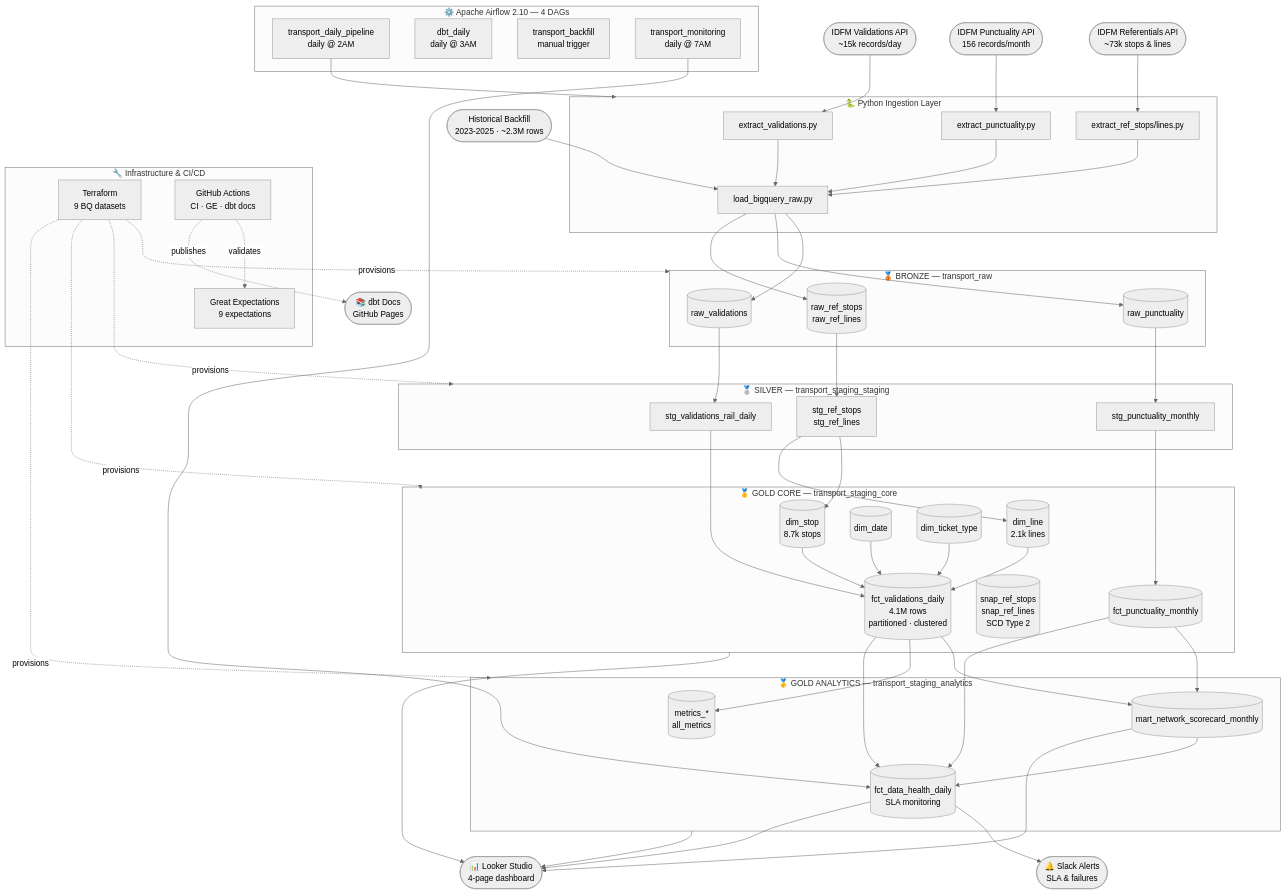
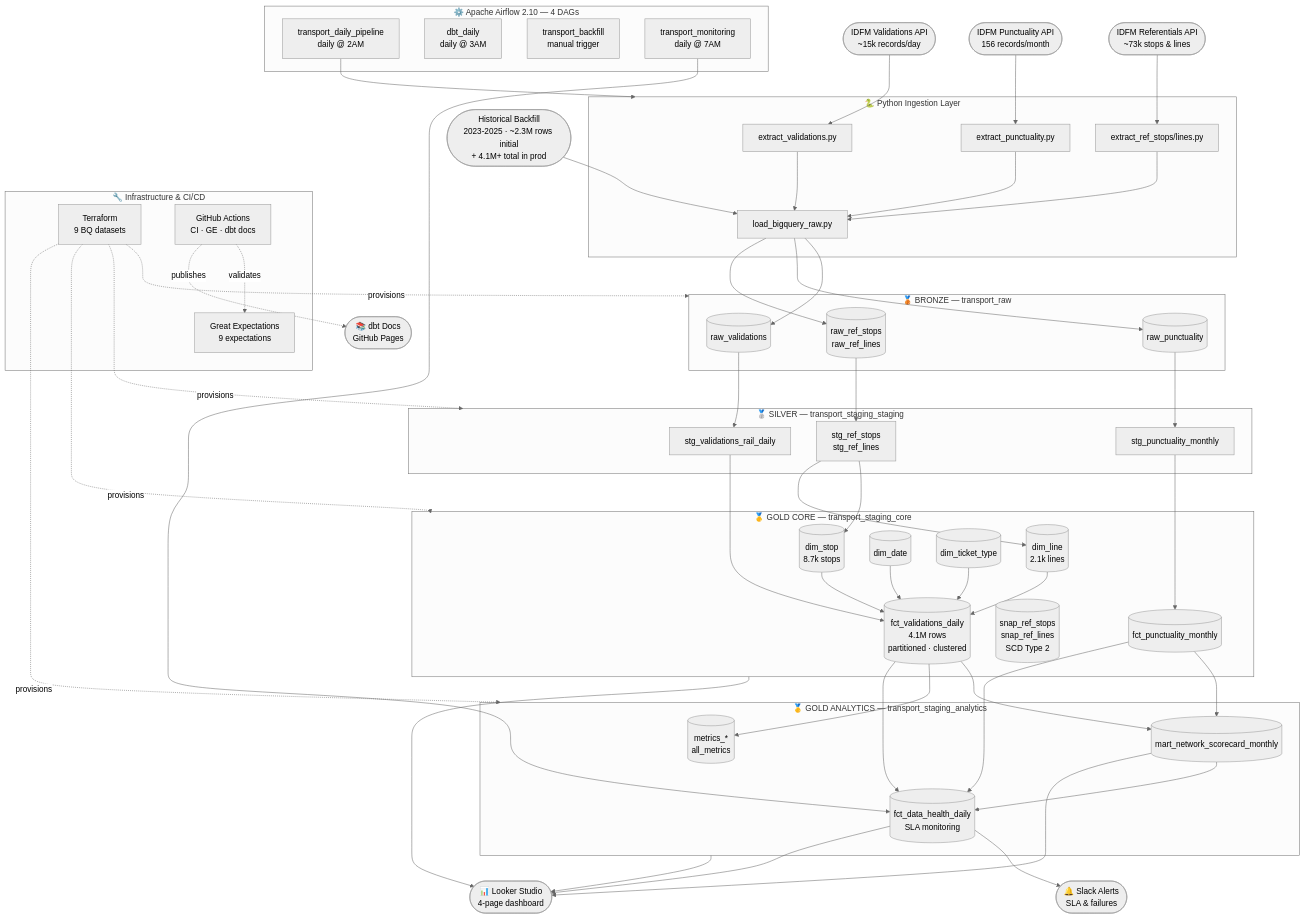
One commit to elliepsc/idfm-analytics-dataops changed the diagram in README.md. Above: the diagram before and after it, drawn with Mermaid (neutral theme). The commit also changed other lines of this file and 8 other files, not shown here.

First line of the commit message:
refactor(infra): migrate BigQuery schema naming from transport_staging_* to transport_*

```diff
--- a/README.md
+++ b/README.md
@@ -625,7 +625,7 @@
     API1([IDFM Validations API\n~15k records/day])
     API2([IDFM Punctuality API\n156 records/month])
     API3([IDFM Referentials API\n~73k stops & lines])
-    BKF([Historical Backfill\n2023-2025 · ~2.3M rows])
+    BKF([Historical Backfill\n2023-2025 · ~2.3M rows initial\n+ 4.1M+ total in prod])
 
     %% Ingestion
     subgraph INGESTION["🐍 Python Ingestion Layer"]
```
